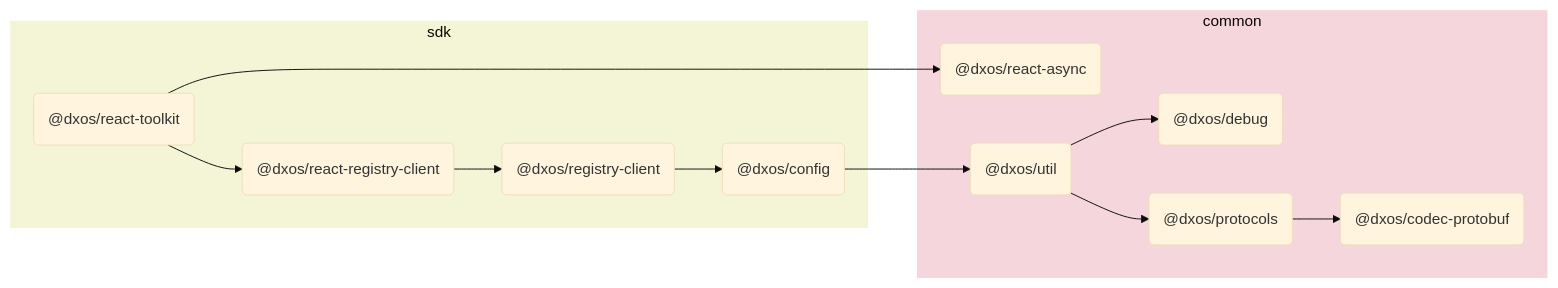
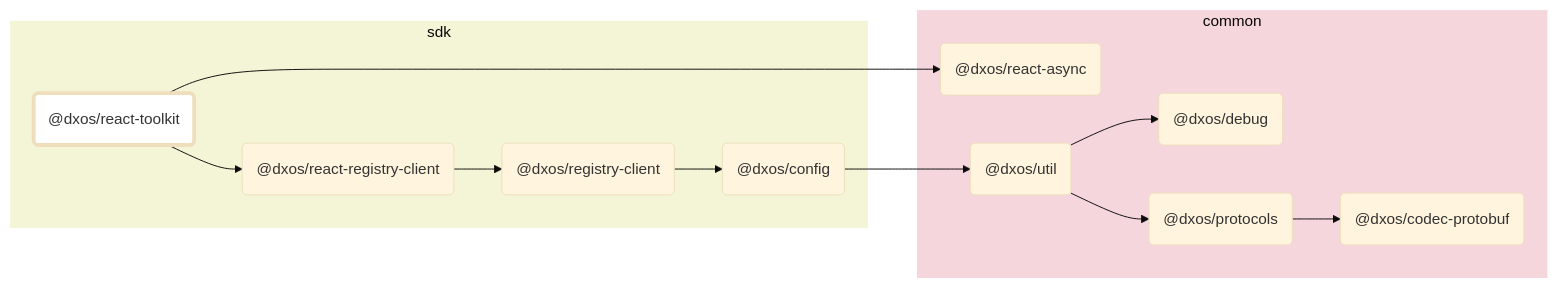
One commit to dxos/dxos changed the diagram in packages/sdk/react-toolkit/docs/README.md. Above: the diagram before and after it, drawn with Mermaid (base theme). The commit also changed other lines of this file and 88 other files, not shown here.

````diff
--- a/packages/sdk/react-toolkit/docs/README.md
+++ b/packages/sdk/react-toolkit/docs/README.md
@@ -5,29 +7,40 @@
 ```mermaid
 flowchart LR;
+
+style dxos/react-toolkit fill:#fff,stroke-width:4px;
+
+click dxos/debug "https:/github.com/dxos/dxos/tree/main/packages/common/debug/docs";
+click dxos/protocols "https:/github.com/dxos/dxos/tree/main/packages/common/protocols/docs";
+click dxos/codec-protobuf "https:/github.com/dxos/dxos/tree/main/packages/common/codec-protobuf/docs";
+click dxos/react-async "https:/github.com/dxos/dxos/tree/main/packages/common/react-async/docs";
+click dxos/react-registry-client "https:/github.com/dxos/dxos/tree/main/packages/sdk/react-registry-client/docs";
+click dxos/config "https:/github.com/dxos/dxos/tree/main/packages/sdk/config/docs";
+click dxos/registry-client "https:/github.com/dxos/dxos/tree/main/packages/sdk/registry-client/docs";
+click dxos/util "https:/github.com/dxos/dxos/tree/main/packages/common/util/docs";
 
 subgraph sdk
   style sdk fill:#f4f5d6,stroke:#fff;
   dxos/react-toolkit("@dxos/react-toolkit");
   dxos/react-registry-client("@dxos/react-registry-client");
   dxos/config("@dxos/config");
   dxos/registry-client("@dxos/registry-client");
 end
 
 subgraph common
   style common fill:#f5d6dd,stroke:#fff;
   dxos/debug("@dxos/debug");
   dxos/protocols("@dxos/protocols");
   dxos/codec-protobuf("@dxos/codec-protobuf");
   dxos/react-async("@dxos/react-async");
   dxos/util("@dxos/util");
 end
 
 dxos/protocols --> dxos/codec-protobuf;
 dxos/react-toolkit --> dxos/react-async;
 dxos/react-toolkit --> dxos/react-registry-client;
 dxos/config --> dxos/util;
 dxos/util --> dxos/debug;
 dxos/util --> dxos/protocols;
 dxos/react-registry-client --> dxos/registry-client;
 dxos/registry-client --> dxos/config;
 ```
````
